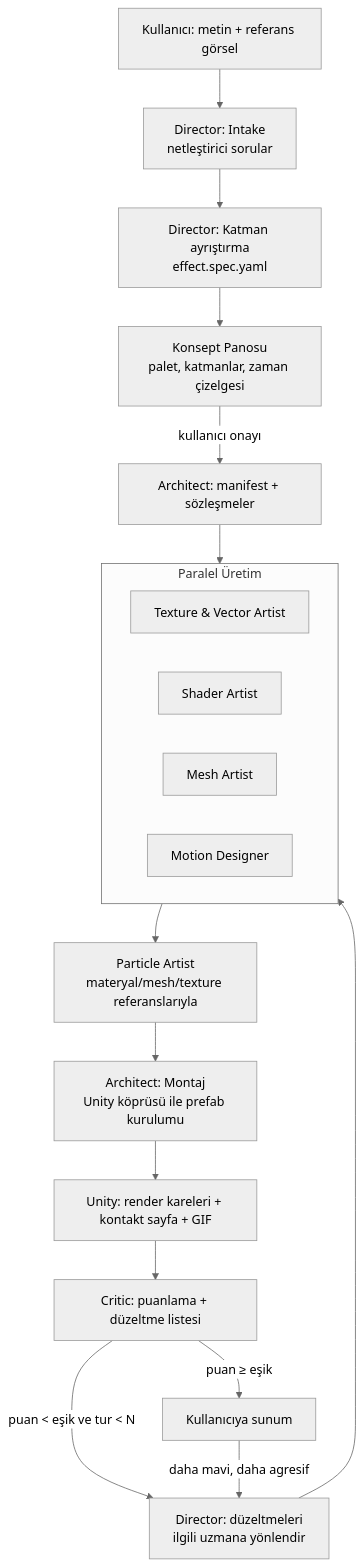
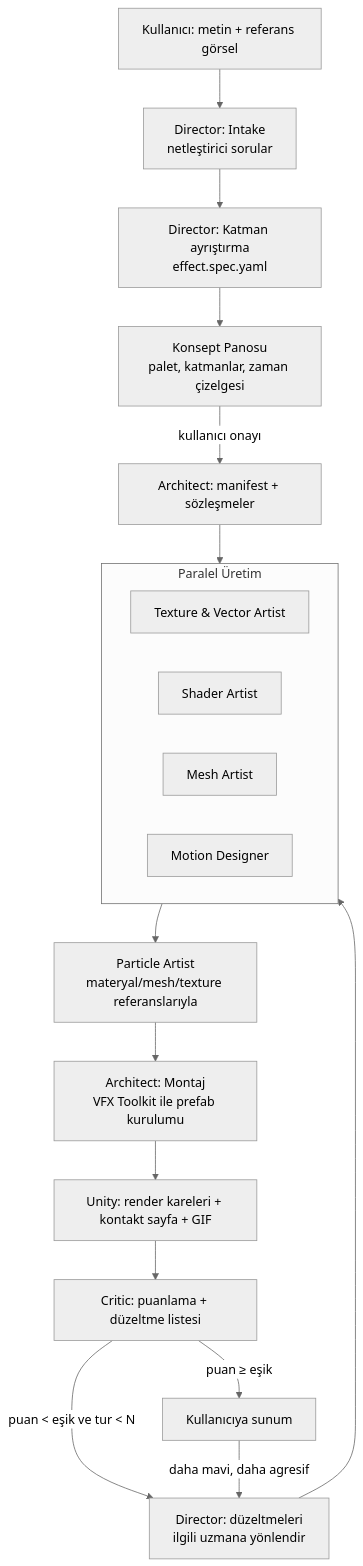
Before and after one commit to eminfsert/UnityEffectDesigner: the diagram in docs/DESIGN.md, drawn with Mermaid (neutral theme). The commit also changed other lines of this file, not shown here.

First line of the commit message:
Design v0.3: stylized PC target, reuse existing Unity MCP with a VFX toolkit package

````diff
--- a/docs/DESIGN.md
+++ b/docs/DESIGN.md
@@ -71,24 +74,24 @@
 ```mermaid
 flowchart TD
     U[Kullanıcı: metin + referans görsel] --> D0[Director: Intake<br/>netleştirici sorular]
     D0 --> D1[Director: Katman ayrıştırma<br/>effect.spec.yaml]
     D1 --> CB[Konsept Panosu<br/>palet, katmanlar, zaman çizelgesi]
     CB -->|kullanıcı onayı| A[Architect: manifest + sözleşmeler]
     A --> P1
 
     subgraph P1[Paralel Üretim]
       T[Texture & Vector Artist]
       S[Shader Artist]
       M[Mesh Artist]
       MO[Motion Designer]
     end
 
     P1 --> PA[Particle Artist<br/>materyal/mesh/texture referanslarıyla]
-    PA --> AS[Architect: Montaj<br/>Unity köprüsü ile prefab kurulumu]
+    PA --> AS[Architect: Montaj<br/>VFX Toolkit ile prefab kurulumu]
     AS --> R[Unity: render kareleri + kontakt sayfa + GIF]
     R --> C[Critic: puanlama + düzeltme listesi]
     C -->|puan < eşik ve tur < N| ROUTE[Director: düzeltmeleri<br/>ilgili uzmana yönlendir]
     ROUTE --> P1
     C -->|puan ≥ eşik| UR[Kullanıcıya sunum]
     UR -->|"daha mavi, daha agresif"| ROUTE
 ```
````
